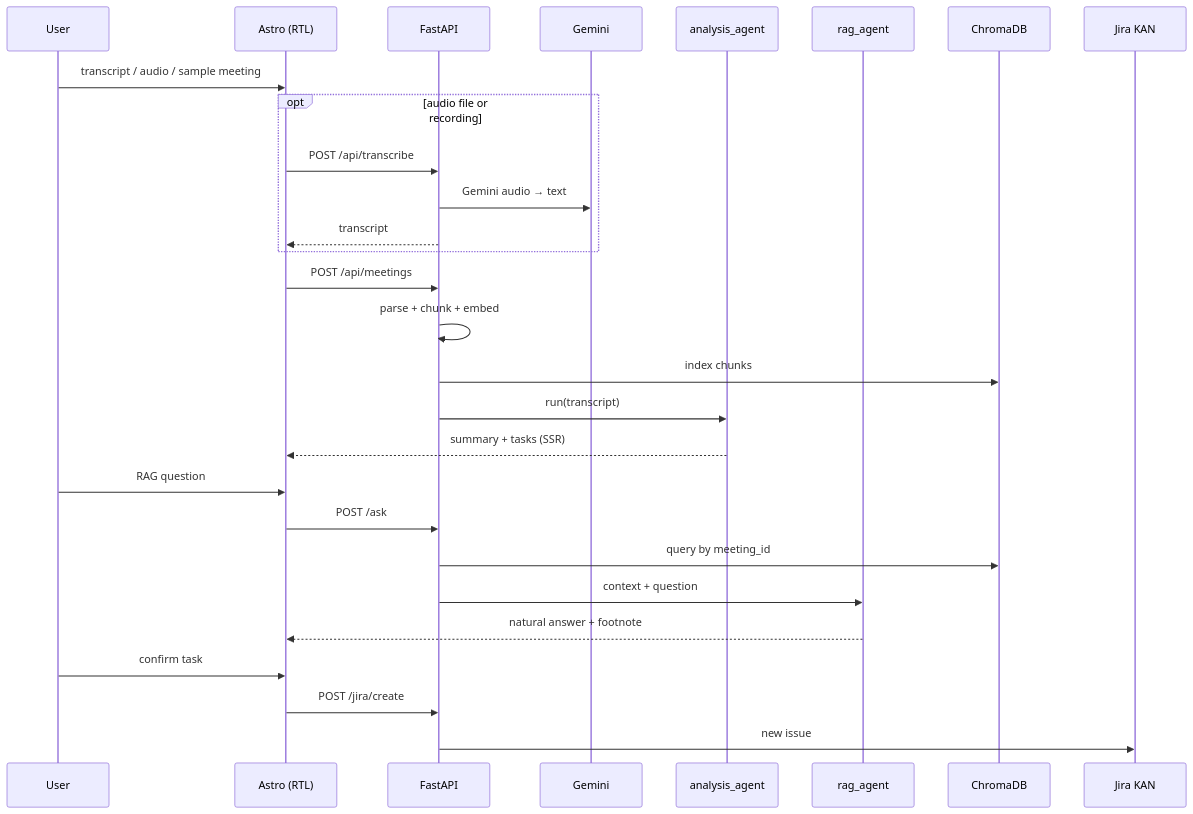
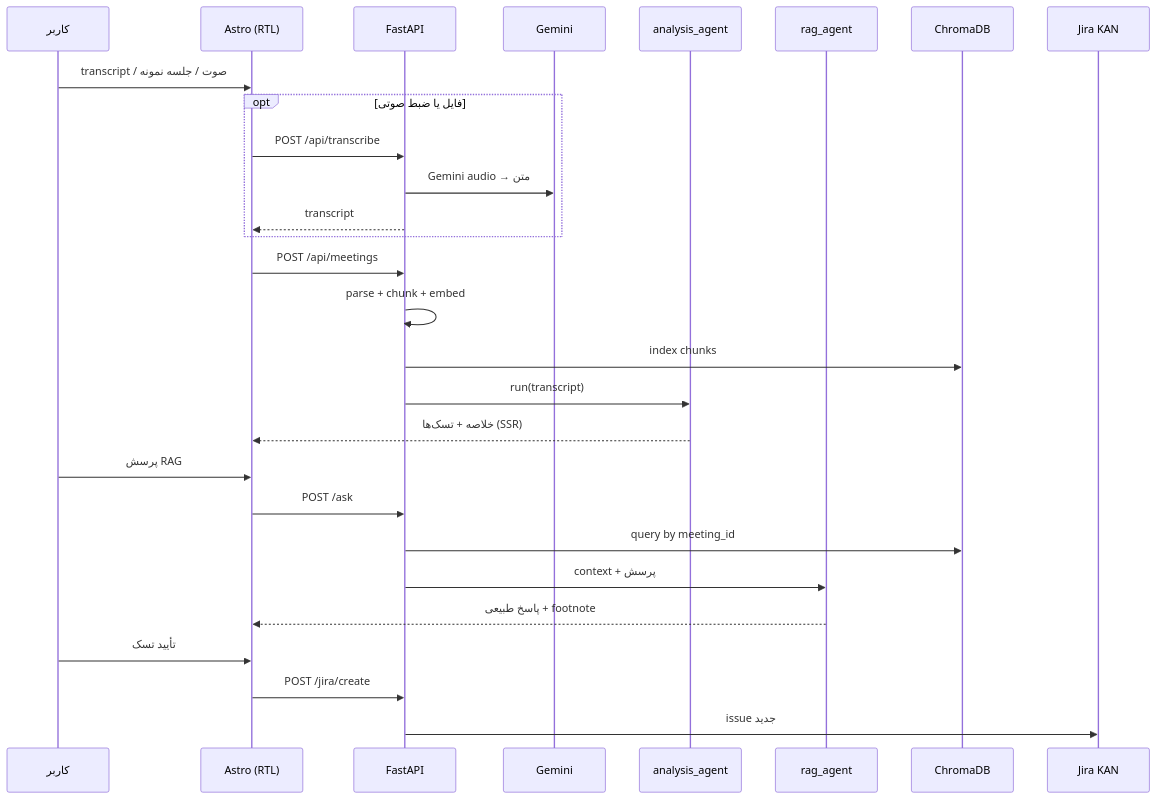
Before and after one commit to Rvin-zh/meeting-assistant: the diagram in docs/diagrams/02-implementation-0.mmd, drawn with Mermaid. The commit also changed 35 other files, not shown here.

```diff
--- a/docs/diagrams/02-implementation-0.mmd
+++ b/docs/diagrams/02-implementation-0.mmd
@@ -1,29 +1,29 @@
 sequenceDiagram
-    participant U as User
+    participant U as کاربر
     participant UI as Astro (RTL)
     participant API as FastAPI
     participant G as Gemini
     participant AA as analysis_agent
     participant RA as rag_agent
     participant C as ChromaDB
     participant J as Jira KAN
 
-    U->>UI: transcript / audio / sample meeting
-    opt audio file or recording
+    U->>UI: transcript / صوت / جلسه نمونه
+    opt فایل یا ضبط صوتی
         UI->>API: POST /api/transcribe
-        API->>G: Gemini audio → text
+        API->>G: Gemini audio → متن
         API-->>UI: transcript
     end
     UI->>API: POST /api/meetings
     API->>API: parse + chunk + embed
     API->>C: index chunks
     API->>AA: run(transcript)
-    AA-->>UI: summary + tasks (SSR)
-    U->>UI: RAG question
+    AA-->>UI: خلاصه + تسک‌ها (SSR)
+    U->>UI: پرسش RAG
     UI->>API: POST /ask
     API->>C: query by meeting_id
-    API->>RA: context + question
-    RA-->>UI: natural answer + footnote
-    U->>UI: confirm task
+    API->>RA: context + پرسش
+    RA-->>UI: پاسخ طبیعی + footnote
+    U->>UI: تأیید تسک
     UI->>API: POST /jira/create
-    API->>J: new issue
+    API->>J: issue جدید
```
